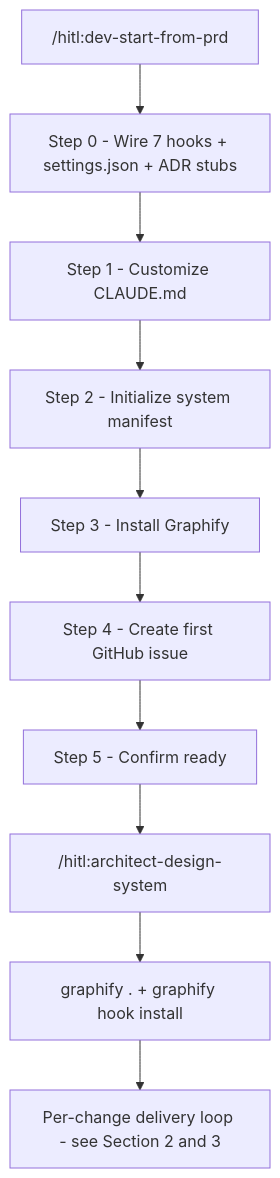
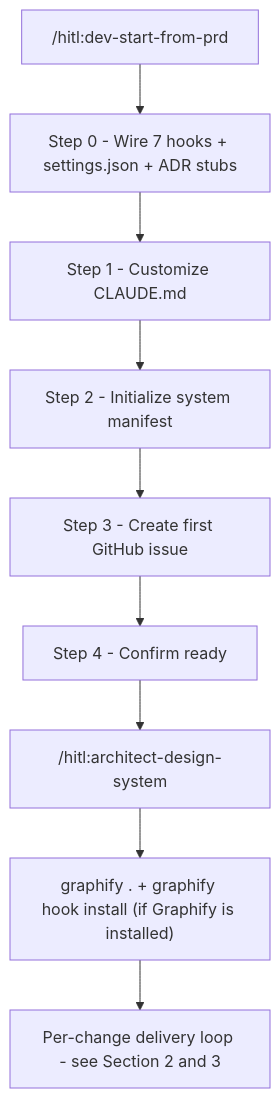
Before and after one commit to Prasad-Apparaju/hitl-dev-platform: the first of 3 diagrams in docs/workflow-prd.md, drawn with Mermaid. The commit also changed other lines of this file and 2 other files, not shown here.

Commit message:
fix(setup): remove blocking Graphify install step from project setup flows
Graphify installation (uv tool install) is a machine-level one-time operation
that should happen at plugin install time, not per-project. Removed the blocking
Step 3 from dev-start-from-prd (steps renumbered 4-5 to 3-4) and changed
dev-start-brownfield Step 7 to check and continue rather than gate on install.
Per-project commands (graphify . + graphify hook install) are retained but
non-blocking. Updated workflow-prd.md diagram to reflect new step numbering.

````diff
--- a/docs/workflow-prd.md
+++ b/docs/workflow-prd.md
@@ -9,15 +9,14 @@
 ```mermaid
 graph TB
   entry["/hitl:dev-start-from-prd"]
   s0["Step 0 - Wire 7 hooks + settings.json + ADR stubs"]
   s1["Step 1 - Customize CLAUDE.md"]
   s2["Step 2 - Initialize system manifest"]
-  s3["Step 3 - Install Graphify"]
-  s4["Step 4 - Create first GitHub issue"]
-  s5["Step 5 - Confirm ready"]
+  s3["Step 3 - Create first GitHub issue"]
+  s4["Step 4 - Confirm ready"]
   design["/hitl:architect-design-system"]
-  graph_build["graphify . + graphify hook install"]
+  graph_build["graphify . + graphify hook install (if Graphify is installed)"]
   loop["Per-change delivery loop - see Section 2 and 3"]
 
-  entry --> s0 --> s1 --> s2 --> s3 --> s4 --> s5 --> design --> graph_build --> loop
+  entry --> s0 --> s1 --> s2 --> s3 --> s4 --> design --> graph_build --> loop
 ```
````
